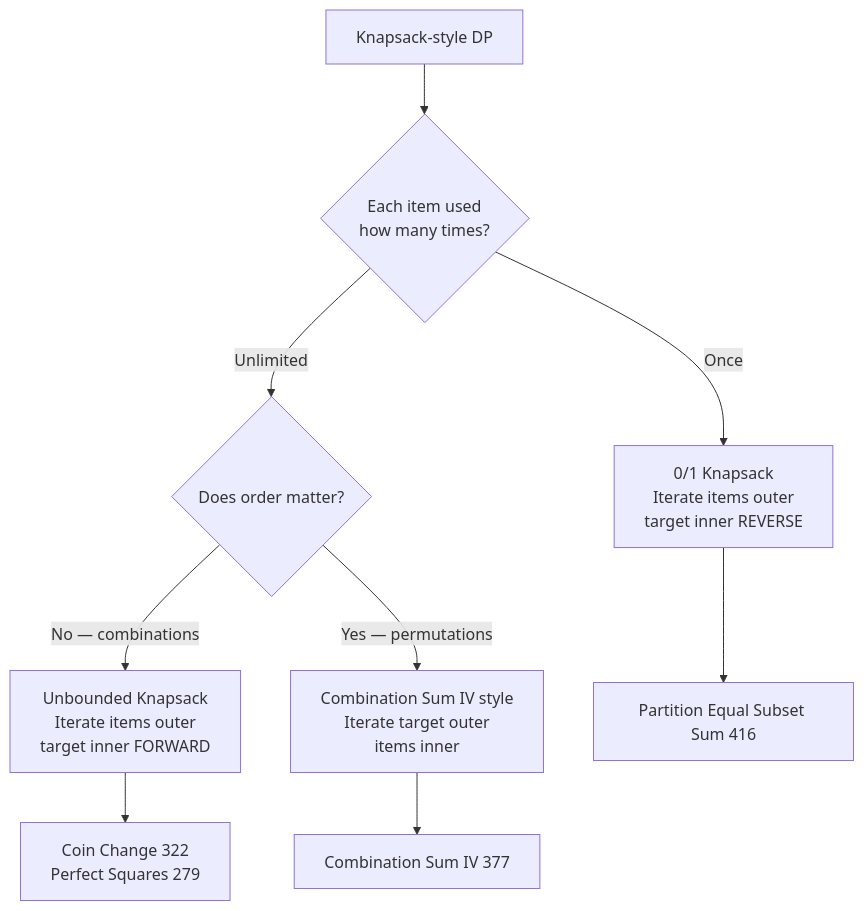
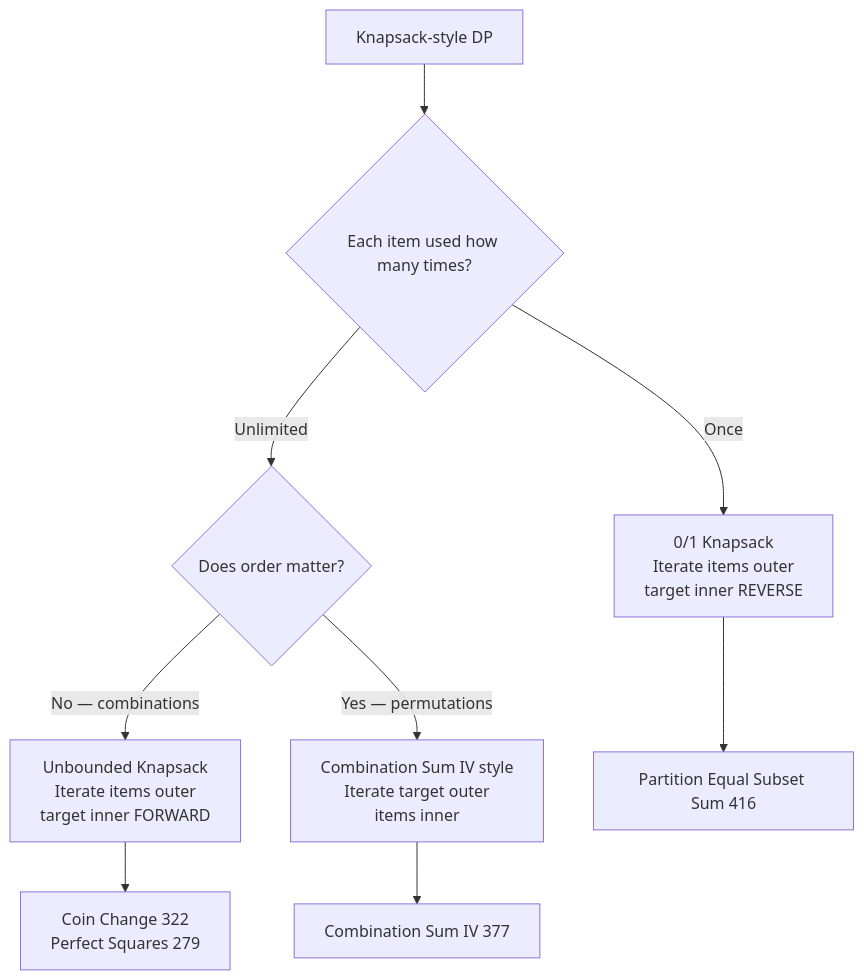
Before and after one commit to deepanshu-rawat6/AlgoAtlas: the fifth of 6 diagrams in 1d_dp/README.md, drawn with Mermaid. The commit also changed other lines of this file and 43 other files, not shown here.

````diff
--- a/1d_dp/README.md
+++ b/1d_dp/README.md
@@ -101,12 +101,12 @@
 ```mermaid
 flowchart TD
-    A[Knapsack-style DP] --> B{Each item used<br>how many times?}
+    A[Knapsack-style DP] --> B{"Each item used how many times?"}
     B -->|Once| C[0/1 Knapsack<br>Iterate items outer<br>target inner REVERSE]
-    B -->|Unlimited| D{Does order matter?}
+    B -->|Unlimited| D{"Does order matter?"}
     D -->|No — combinations| E[Unbounded Knapsack<br>Iterate items outer<br>target inner FORWARD]
     D -->|Yes — permutations| F[Combination Sum IV style<br>Iterate target outer<br>items inner]
 
     C --> G[Partition Equal Subset Sum 416]
     E --> H[Coin Change 322<br>Perfect Squares 279]
     F --> I[Combination Sum IV 377]
 ```
````
